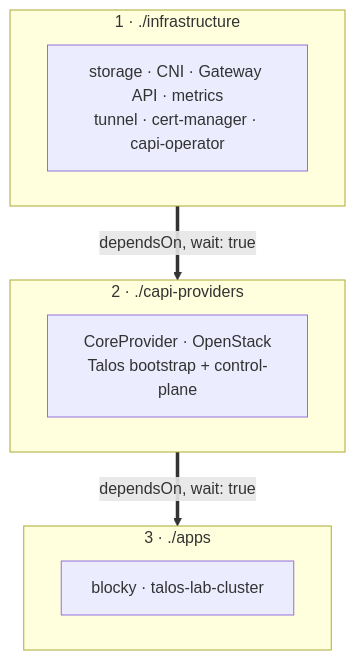
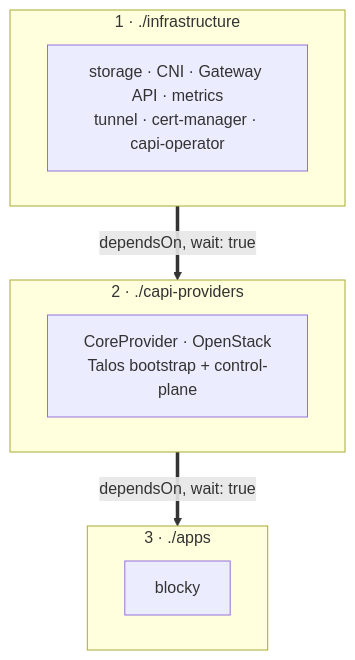
The second of 3 diagrams in README.md (rezachalak/homelab), drawn with Mermaid before and after one commit. The commit also changed other lines of this file and 6 other files, not shown here.

First line of the commit message:
Remove the talos-lab workload cluster

````diff
--- a/README.md
+++ b/README.md
@@ -38,15 +38,15 @@
 ```mermaid
 flowchart TD
     subgraph s1["1 · ./infrastructure"]
         i["storage · CNI · Gateway API · metrics<br/>tunnel · cert-manager · capi-operator"]
     end
     subgraph s2["2 · ./capi-providers"]
         p["CoreProvider · OpenStack<br/>Talos bootstrap + control-plane"]
     end
     subgraph s3["3 · ./apps"]
-        a["blocky · talos-lab-cluster"]
+        a["blocky"]
     end
 
     s1 ==>|"dependsOn, wait: true"| s2
     s2 ==>|"dependsOn, wait: true"| s3
 ```
````
